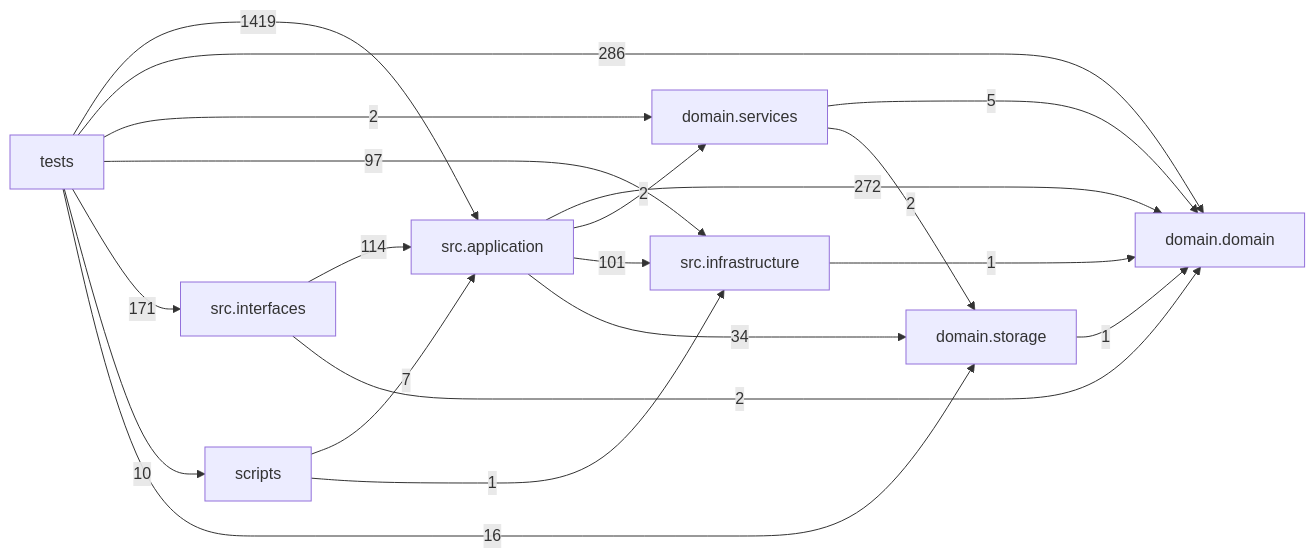
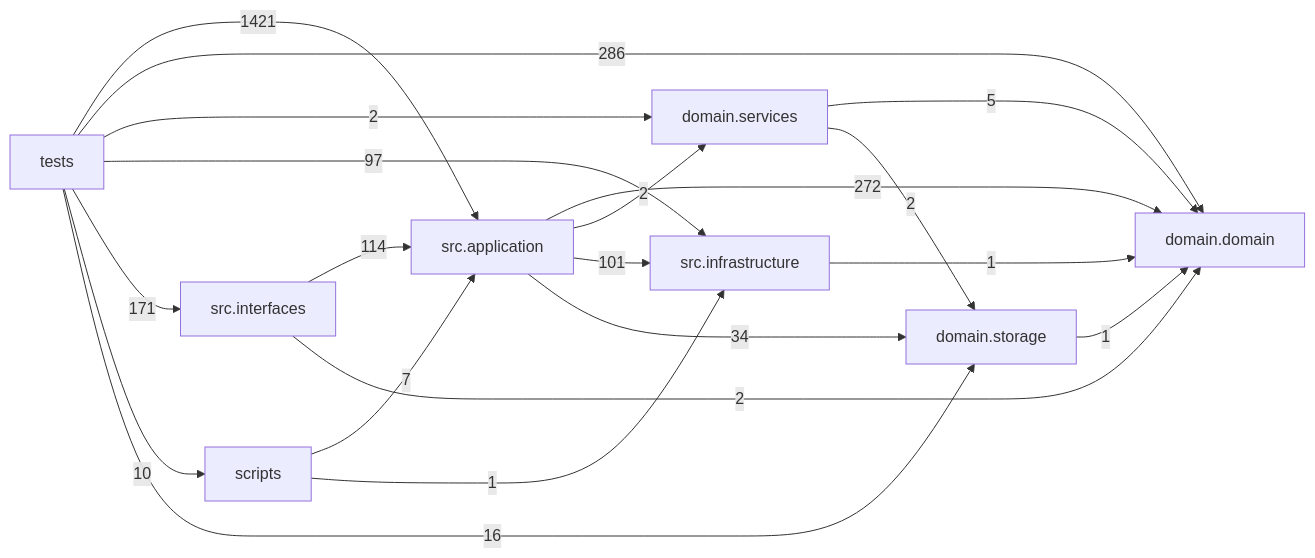
The diagram in docs/DEPENDENCY_GRAPH.md (liuxie066/options-monitor), drawn with Mermaid before and after one commit. The commit also changed other lines of this file and 8 other files, not shown here.

````diff
--- a/docs/DEPENDENCY_GRAPH.md
+++ b/docs/DEPENDENCY_GRAPH.md
@@ -24,30 +24,30 @@
 ```mermaid
 flowchart LR
   tests["tests"]
   scripts["scripts"]
   interfaces["src.interfaces"]
   application["src.application"]
   infrastructure["src.infrastructure"]
   domain_services["domain.services"]
   domain["domain.domain"]
   storage["domain.storage"]
   application -->|272| domain
   application -->|2| domain_services
   application -->|101| infrastructure
   application -->|34| storage
   domain_services -->|5| domain
   domain_services -->|2| storage
   infrastructure -->|1| domain
   interfaces -->|114| application
   interfaces -->|2| domain
   scripts -->|7| application
   scripts -->|1| infrastructure
   storage -->|1| domain
-  tests -->|1419| application
+  tests -->|1421| application
   tests -->|286| domain
   tests -->|2| domain_services
   tests -->|97| infrastructure
   tests -->|171| interfaces
   tests -->|10| scripts
   tests -->|16| storage
 ```
````
